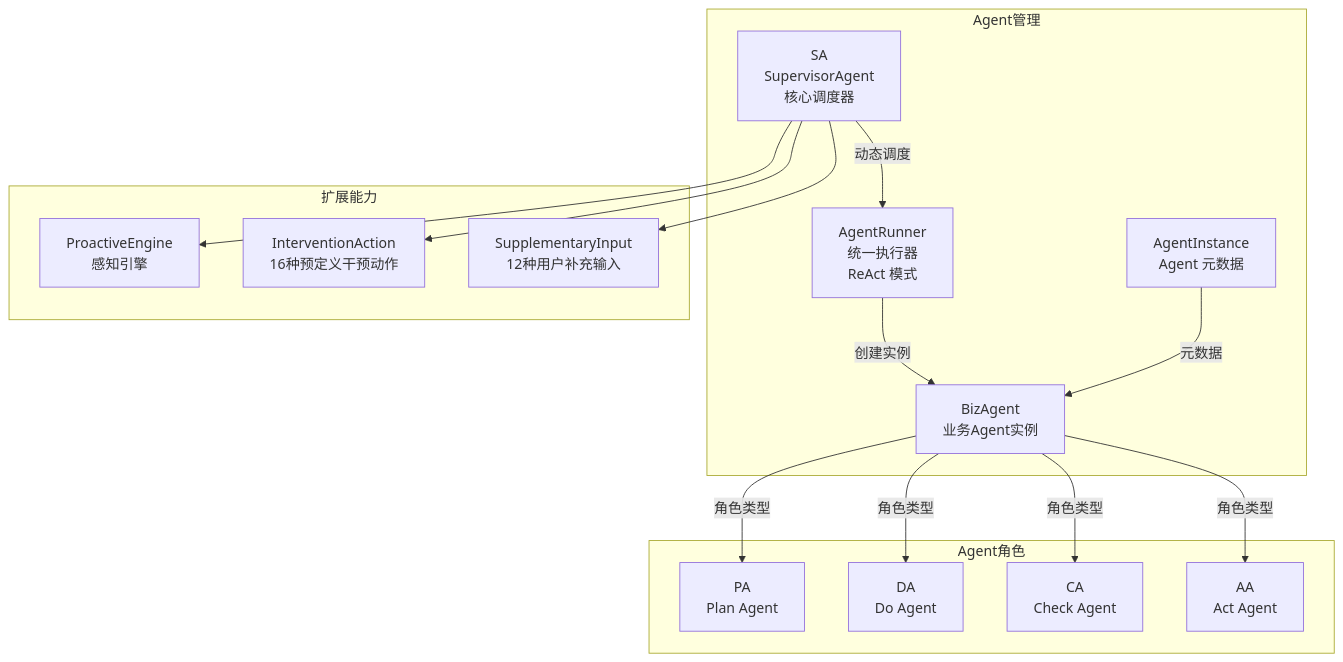
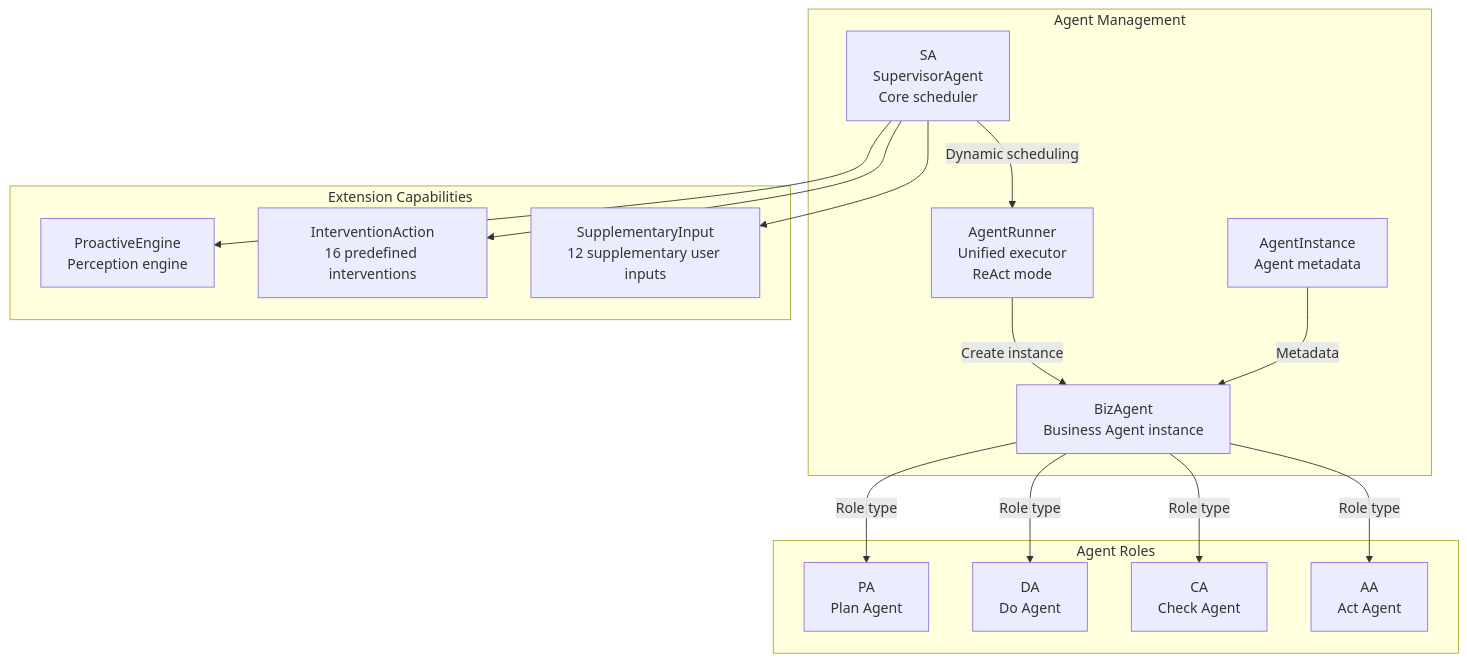
One commit to skaiy/wild_agentos changed the first of 6 diagrams in docs/01-agent-management.md. Above: the diagram before and after it, drawn with Mermaid. The commit also changed other lines of this file and 23 other files, not shown here.

````diff
--- a/docs/01-agent-management.md
+++ b/docs/01-agent-management.md
@@ -15,30 +11,27 @@
 ```mermaid
 graph TB
-    subgraph Agent管理
-        SA["SA<br/>SupervisorAgent<br/>核心调度器"]
-        AR["AgentRunner<br/>统一执行器<br/>ReAct 模式"]
-        BA["BizAgent<br/>业务Agent实例"]
-        AI["AgentInstance<br/>Agent 元数据"]
+    subgraph Agent Management
+        SA["SA<br/>SupervisorAgent<br/>Core scheduler"]
+        AR["AgentRunner<br/>Unified executor<br/>ReAct mode"]
+        BA["BizAgent<br/>Business Agent instance"]
+        AI["AgentInstance<br/>Agent metadata"]
     end
-
-    subgraph Agent角色
+    subgraph Agent Roles
         PA["PA<br/>Plan Agent"]
         DA["DA<br/>Do Agent"]
         CA["CA<br/>Check Agent"]
         AA["AA<br/>Act Agent"]
     end
-
-    subgraph 扩展能力
-        PE["ProactiveEngine<br/>感知引擎"]
-        IV["InterventionAction<br/>16种预定义干预动作"]
-        SI["SupplementaryInput<br/>12种用户补充输入"]
+    subgraph Extension Capabilities
+        PE["ProactiveEngine<br/>Perception engine"]
+        IV["InterventionAction<br/>16 predefined interventions"]
+        SI["SupplementaryInput<br/>12 supplementary user inputs"]
     end
-
-    SA -->|动态调度| AR
-    AR -->|创建实例| BA
-    BA -->|角色类型| PA & DA & CA & AA
-    AI -->|元数据| BA
+    SA -->|Dynamic scheduling| AR
+    AR -->|Create instance| BA
+    BA -->|Role type| PA & DA & CA & AA
+    AI -->|Metadata| BA
     SA --> PE
     SA --> IV
     SA --> SI
 ```
````
